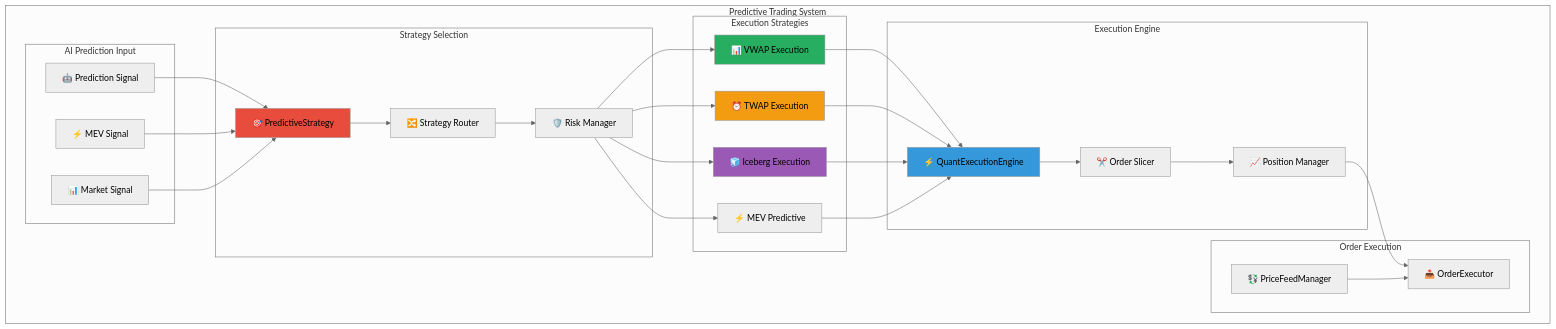
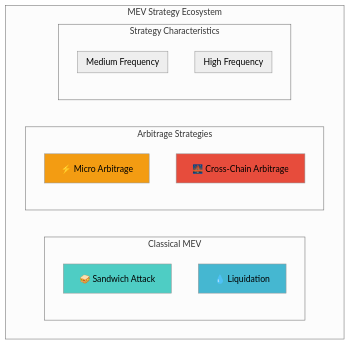
Before and after one commit to blockbit-hama/xCrack: the third of 15 diagrams in docs/ARCHITECTURE.md, drawn with Mermaid (neutral theme). The commit also changed other lines of this file and 33 other files, not shown here.

````diff
--- a/docs/ARCHITECTURE.md
+++ b/docs/ARCHITECTURE.md
@@ -465,63 +365,31 @@
 ```mermaid
-graph TB
-    subgraph "Predictive Trading System"
-        subgraph "AI Prediction Input"
-            PRED_SIGNAL[🤖 Prediction Signal]
-            MEV_SIGNAL[⚡ MEV Signal]
-            MARKET_SIGNAL[📊 Market Signal]
+graph TD
+    subgraph "MEV Strategy Ecosystem"
+        subgraph "Classical MEV"
+            SANDWICH[🥪 Sandwich Attack]
+            LIQUIDATION[💧 Liquidation]
         end
-
-        subgraph "Strategy Selection"
-            PREDICTIVE_STRATEGY[🎯 PredictiveStrategy]
-            STRATEGY_ROUTER[🔀 Strategy Router]
-            RISK_MANAGER[🛡️ Risk Manager]
+        
+        subgraph "Arbitrage Strategies"
+            MICRO_ARB[⚡ Micro Arbitrage]
+            CROSS_CHAIN[🌉 Cross-Chain Arbitrage]
         end
-
-        subgraph "Execution Strategies"
-            VWAP[📊 VWAP Execution]
-            TWAP[⏰ TWAP Execution]
-            ICEBERG[🧊 Iceberg Execution]
-            MEV_PRED[⚡ MEV Predictive]
-        end
-
-        subgraph "Execution Engine"
-            EXEC_ENGINE[⚡ QuantExecutionEngine]
-            ORDER_SLICER[✂️ Order Slicer]
-            POSITION_MGR[📈 Position Manager]
-        end
-
-        subgraph "Order Execution"
-            ORDER_EXECUTOR[📤 OrderExecutor]
-            PRICE_FEED[💱 PriceFeedManager]
+        
+        subgraph "Strategy Characteristics"
+            subgraph "High Frequency"
+                SANDWICH
+                MICRO_ARB
+            end
+            
+            subgraph "Medium Frequency"
+                LIQUIDATION
+                CROSS_CHAIN
+            end
         end
     end
-
-    PRED_SIGNAL --> PREDICTIVE_STRATEGY
-    MEV_SIGNAL --> PREDICTIVE_STRATEGY
-    MARKET_SIGNAL --> PREDICTIVE_STRATEGY
     
-    PREDICTIVE_STRATEGY --> STRATEGY_ROUTER
-    STRATEGY_ROUTER --> RISK_MANAGER
-    
-    RISK_MANAGER --> VWAP
-    RISK_MANAGER --> TWAP
-    RISK_MANAGER --> ICEBERG
-    RISK_MANAGER --> MEV_PRED
-    
-    VWAP --> EXEC_ENGINE
-    TWAP --> EXEC_ENGINE
-    ICEBERG --> EXEC_ENGINE
-    MEV_PRED --> EXEC_ENGINE
-    
-    EXEC_ENGINE --> ORDER_SLICER
-    ORDER_SLICER --> POSITION_MGR
-    POSITION_MGR --> ORDER_EXECUTOR
-    
-    PRICE_FEED --> ORDER_EXECUTOR
-
-    style PREDICTIVE_STRATEGY fill:#e74c3c
-    style EXEC_ENGINE fill:#3498db
-    style VWAP fill:#27ae60
-    style TWAP fill:#f39c12
-    style ICEBERG fill:#9b59b6
+    style SANDWICH fill:#4ecdc4
+    style LIQUIDATION fill:#45b7d1
+    style MICRO_ARB fill:#f39c12
+    style CROSS_CHAIN fill:#e74c3c
 ```
````
